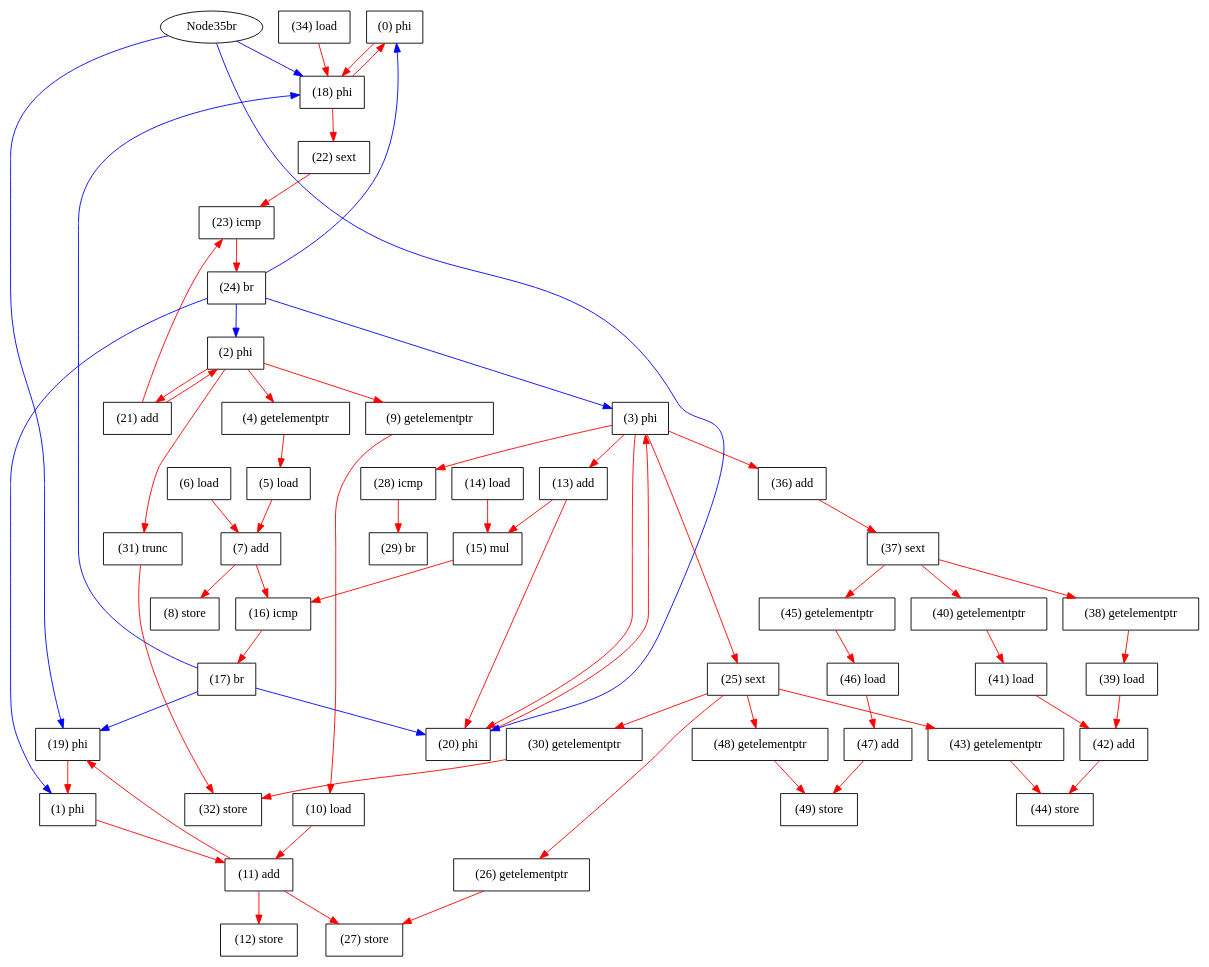
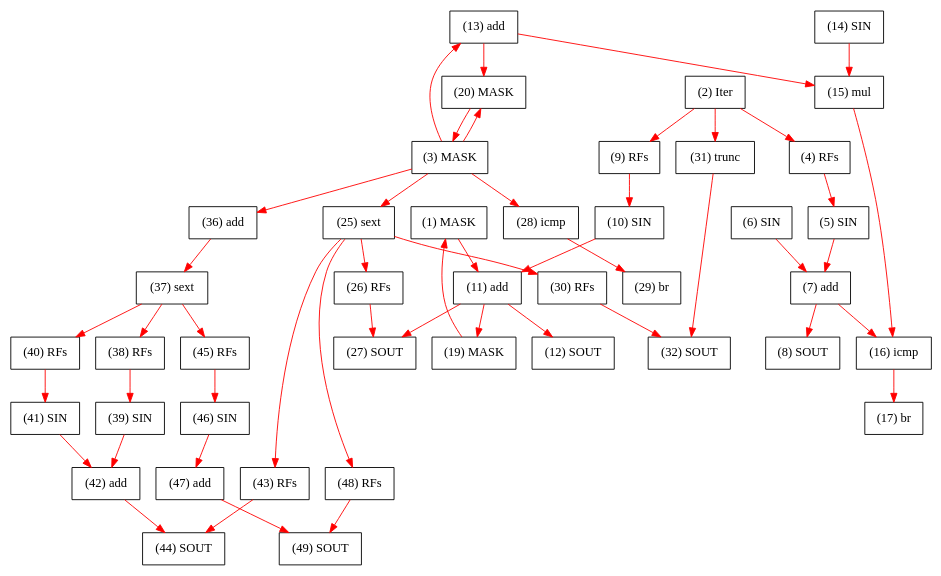
Before and after one commit to tancheng/g-fpin: the diagram in benchmark/is/for/kernel.dot, drawn with Graphviz. The commit also changed 20 other files, not shown here.

```diff
--- a/benchmark/is/for/kernel.dot
+++ b/benchmark/is/for/kernel.dot
@@ -1,119 +1,92 @@
 digraph "DFG for'kernel' function" {
-	Node0phi[shape=record, label="(0) phi"];
-	Node1phi[shape=record, label="(1) phi"];
-	Node2phi[shape=record, label="(2) phi"];
-	Node3phi[shape=record, label="(3) phi"];
-	Node4getelementptr[shape=record, label="(4) getelementptr"];
-	Node5load[shape=record, label="(5) load"];
-	Node6load[shape=record, label="(6) load"];
+	Node1MASK[shape=record, label="(1) MASK"];
+	Node2Iter[shape=record, label="(2) Iter"];
+	Node3MASK[shape=record, label="(3) MASK"];
+	Node4RFs[shape=record, label="(4) RFs"];
+	Node5SIN[shape=record, label="(5) SIN"];
+	Node6SIN[shape=record, label="(6) SIN"];
 	Node7add[shape=record, label="(7) add"];
-	Node8store[shape=record, label="(8) store"];
-	Node9getelementptr[shape=record, label="(9) getelementptr"];
-	Node10load[shape=record, label="(10) load"];
+	Node8SOUT[shape=record, label="(8) SOUT"];
+	Node9RFs[shape=record, label="(9) RFs"];
+	Node10SIN[shape=record, label="(10) SIN"];
 	Node11add[shape=record, label="(11) add"];
-	Node12store[shape=record, label="(12) store"];
+	Node12SOUT[shape=record, label="(12) SOUT"];
 	Node13add[shape=record, label="(13) add"];
-	Node14load[shape=record, label="(14) load"];
+	Node14SIN[shape=record, label="(14) SIN"];
 	Node15mul[shape=record, label="(15) mul"];
 	Node16icmp[shape=record, label="(16) icmp"];
 	Node17br[shape=record, label="(17) br"];
-	Node18phi[shape=record, label="(18) phi"];
-	Node19phi[shape=record, label="(19) phi"];
-	Node20phi[shape=record, label="(20) phi"];
-	Node21add[shape=record, label="(21) add"];
-	Node22sext[shape=record, label="(22) sext"];
-	Node23icmp[shape=record, label="(23) icmp"];
-	Node24br[shape=record, label="(24) br"];
+	Node19MASK[shape=record, label="(19) MASK"];
+	Node20MASK[shape=record, label="(20) MASK"];
 	Node25sext[shape=record, label="(25) sext"];
-	Node26getelementptr[shape=record, label="(26) getelementptr"];
-	Node27store[shape=record, label="(27) store"];
+	Node26RFs[shape=record, label="(26) RFs"];
+	Node27SOUT[shape=record, label="(27) SOUT"];
 	Node28icmp[shape=record, label="(28) icmp"];
 	Node29br[shape=record, label="(29) br"];
-	Node30getelementptr[shape=record, label="(30) getelementptr"];
+	Node30RFs[shape=record, label="(30) RFs"];
 	Node31trunc[shape=record, label="(31) trunc"];
-	Node32store[shape=record, label="(32) store"];
-	Node34load[shape=record, label="(34) load"];
+	Node32SOUT[shape=record, label="(32) SOUT"];
 	Node36add[shape=record, label="(36) add"];
 	Node37sext[shape=record, label="(37) sext"];
-	Node38getelementptr[shape=record, label="(38) getelementptr"];
-	Node39load[shape=record, label="(39) load"];
-	Node40getelementptr[shape=record, label="(40) getelementptr"];
-	Node41load[shape=record, label="(41) load"];
+	Node38RFs[shape=record, label="(38) RFs"];
+	Node39SIN[shape=record, label="(39) SIN"];
+	Node40RFs[shape=record, label="(40) RFs"];
+	Node41SIN[shape=record, label="(41) SIN"];
 	Node42add[shape=record, label="(42) add"];
-	Node43getelementptr[shape=record, label="(43) getelementptr"];
-	Node44store[shape=record, label="(44) store"];
-	Node45getelementptr[shape=record, label="(45) getelementptr"];
-	Node46load[shape=record, label="(46) load"];
+	Node43RFs[shape=record, label="(43) RFs"];
+	Node44SOUT[shape=record, label="(44) SOUT"];
+	Node45RFs[shape=record, label="(45) RFs"];
+	Node46SIN[shape=record, label="(46) SIN"];
 	Node47add[shape=record, label="(47) add"];
-	Node48getelementptr[shape=record, label="(48) getelementptr"];
-	Node49store[shape=record, label="(49) store"];
-edge [color=blue]
-	Node17br -> Node18phi
-	Node17br -> Node19phi
-	Node17br -> Node20phi
-	Node35br -> Node18phi
-	Node35br -> Node19phi
-	Node35br -> Node20phi
-	Node24br -> Node0phi
-	Node24br -> Node1phi
-	Node24br -> Node2phi
-	Node24br -> Node3phi
+	Node48RFs[shape=record, label="(48) RFs"];
+	Node49SOUT[shape=record, label="(49) SOUT"];
 edge [color=red]
-	Node18phi -> Node0phi
-	Node19phi -> Node1phi
-	Node21add -> Node2phi
-	Node20phi -> Node3phi
-	Node2phi -> Node4getelementptr
-	Node4getelementptr -> Node5load
-	Node6load -> Node7add
-	Node5load -> Node7add
-	Node7add -> Node8store
-	Node2phi -> Node9getelementptr
-	Node9getelementptr -> Node10load
-	Node1phi -> Node11add
-	Node10load -> Node11add
-	Node11add -> Node12store
-	Node3phi -> Node13add
-	Node14load -> Node15mul
+	Node19MASK -> Node1MASK
+	Node20MASK -> Node3MASK
+	Node2Iter -> Node4RFs
+	Node4RFs -> Node5SIN
+	Node6SIN -> Node7add
+	Node5SIN -> Node7add
+	Node7add -> Node8SOUT
+	Node2Iter -> Node9RFs
+	Node9RFs -> Node10SIN
+	Node1MASK -> Node11add
+	Node10SIN -> Node11add
+	Node11add -> Node12SOUT
+	Node3MASK -> Node13add
+	Node14SIN -> Node15mul
 	Node13add -> Node15mul
 	Node7add -> Node16icmp
 	Node15mul -> Node16icmp
 	Node16icmp -> Node17br
-	Node34load -> Node18phi
-	Node0phi -> Node18phi
-	Node11add -> Node19phi
-	Node13add -> Node20phi
-	Node3phi -> Node20phi
-	Node2phi -> Node21add
-	Node18phi -> Node22sext
-	Node21add -> Node23icmp
-	Node22sext -> Node23icmp
-	Node23icmp -> Node24br
-	Node3phi -> Node25sext
-	Node25sext -> Node26getelementptr
-	Node11add -> Node27store
-	Node26getelementptr -> Node27store
-	Node3phi -> Node28icmp
+	Node11add -> Node19MASK
+	Node13add -> Node20MASK
+	Node3MASK -> Node20MASK
+	Node3MASK -> Node25sext
+	Node25sext -> Node26RFs
+	Node11add -> Node27SOUT
+	Node26RFs -> Node27SOUT
+	Node3MASK -> Node28icmp
 	Node28icmp -> Node29br
-	Node25sext -> Node30getelementptr
-	Node2phi -> Node31trunc
-	Node31trunc -> Node32store
-	Node30getelementptr -> Node32store
-	Node3phi -> Node36add
+	Node25sext -> Node30RFs
+	Node2Iter -> Node31trunc
+	Node31trunc -> Node32SOUT
+	Node30RFs -> Node32SOUT
+	Node3MASK -> Node36add
 	Node36add -> Node37sext
-	Node37sext -> Node38getelementptr
-	Node38getelementptr -> Node39load
-	Node37sext -> Node40getelementptr
-	Node40getelementptr -> Node41load
-	Node41load -> Node42add
-	Node39load -> Node42add
-	Node25sext -> Node43getelementptr
-	Node42add -> Node44store
-	Node43getelementptr -> Node44store
-	Node37sext -> Node45getelementptr
-	Node45getelementptr -> Node46load
-	Node46load -> Node47add
-	Node25sext -> Node48getelementptr
-	Node47add -> Node49store
-	Node48getelementptr -> Node49store
+	Node37sext -> Node38RFs
+	Node38RFs -> Node39SIN
+	Node37sext -> Node40RFs
+	Node40RFs -> Node41SIN
+	Node41SIN -> Node42add
+	Node39SIN -> Node42add
+	Node25sext -> Node43RFs
+	Node42add -> Node44SOUT
+	Node43RFs -> Node44SOUT
+	Node37sext -> Node45RFs
+	Node45RFs -> Node46SIN
+	Node46SIN -> Node47add
+	Node25sext -> Node48RFs
+	Node47add -> Node49SOUT
+	Node48RFs -> Node49SOUT
 }
```
